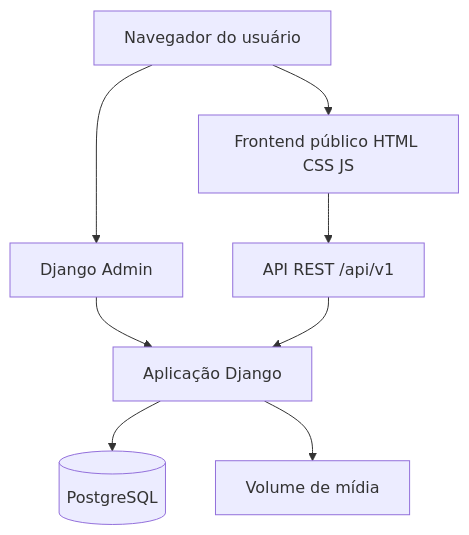
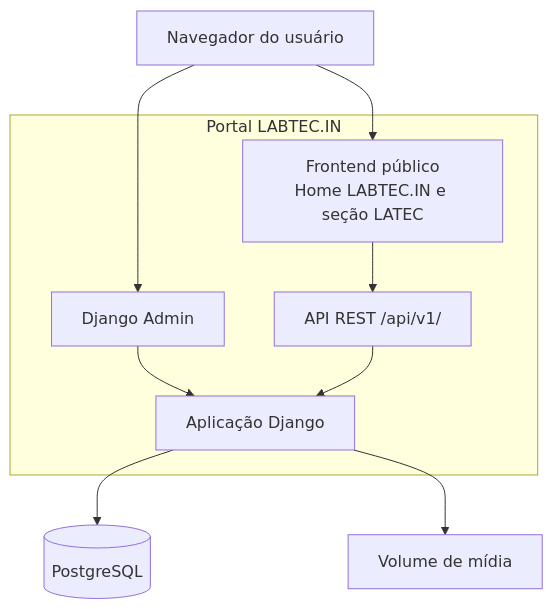
The diagram in docs/architecture/diagrams/c4-container.md (MarcosVini753/latec-in), drawn with Mermaid before and after one commit. The commit also changed other lines of this file and 28 other files, not shown here.

First line of the commit message:
feat: restructure LABTEC.IN as root institution and LATEC as a child unit

````diff
--- a/docs/architecture/diagrams/c4-container.md
+++ b/docs/architecture/diagrams/c4-container.md
@@ -3,18 +3,22 @@
 ```mermaid
 flowchart TB
-  Browser[Navegador do usuário]
-  Frontend[Frontend público HTML CSS JS]
-  Admin[Django Admin]
-  API[API REST /api/v1]
-  Django[Aplicação Django]
+  Browser["Navegador do usuário"]
+
+  subgraph Portal [Portal LABTEC.IN]
+    Frontend["Frontend público<br/>Home LABTEC.IN e seção LATEC"]
+    Admin["Django Admin"]
+    API["API REST /api/v1/"]
+    Django["Aplicação Django"]
+  end
+
   DB[(PostgreSQL)]
-  Media[Volume de mídia]
+  Media["Volume de mídia"]
 
   Browser --> Frontend
+  Browser --> Admin
   Frontend --> API
-  Browser --> Admin
   Admin --> Django
   API --> Django
   Django --> DB
   Django --> Media
 ```
````
